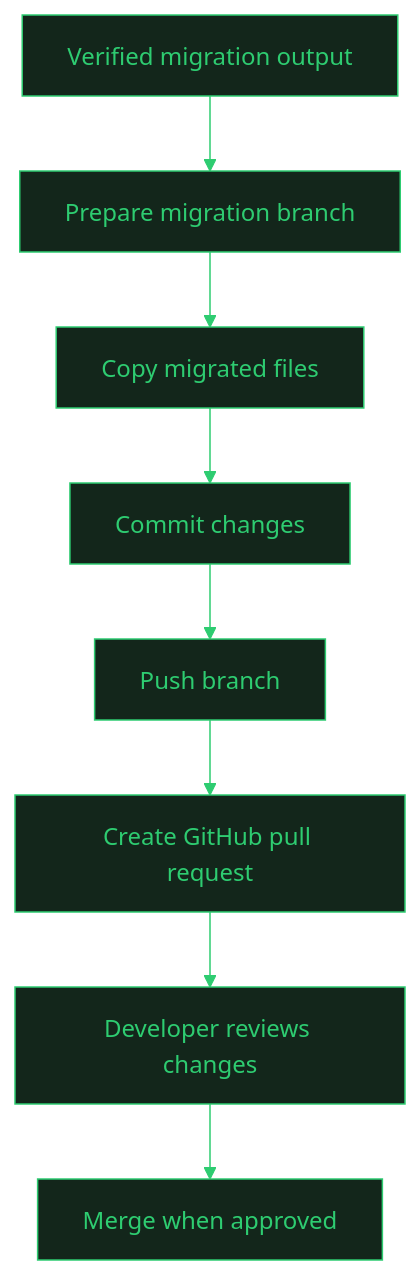
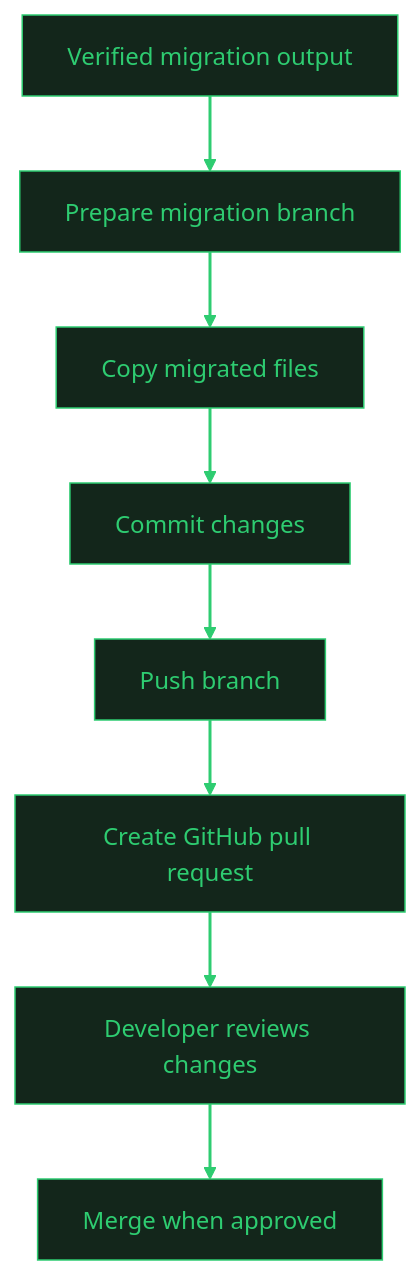
One commit to 2022n02511-stack/ASTon changed the sixth of 7 diagrams in README.md. Above: the diagram before and after it, drawn with Mermaid. The commit also changed other lines of this file, not shown here.

Commit message:
fixed mermaid

````diff
--- a/README.md
+++ b/README.md
@@ -451,11 +454,12 @@
 ```mermaid
-%%{init: {'theme':'base','themeVariables':{'primaryColor':'#13261b','primaryBorderColor':'#2ECC71','primaryTextColor':'#2ECC71','lineColor':'#2ECC71','secondaryColor':'#13261b','tertiaryColor':'#1a1b1e','edgeLabelBackground':'#1a1b1e','fontFamily':'monospace'}}}%%
 flowchart TD
     A["Verified migration output"] --> B["Prepare migration branch"]
     B --> C["Copy migrated files"]
     C --> D["Commit changes"]
     D --> E["Push branch"]
     E --> F["Create GitHub pull request"]
     F --> G["Developer reviews changes"]
     G --> H["Merge when approved"]
+    classDef default fill:#13261b,stroke:#2ECC71,color:#2ECC71
+    linkStyle default stroke:#2ECC71,stroke-width:2px
 ```
````
